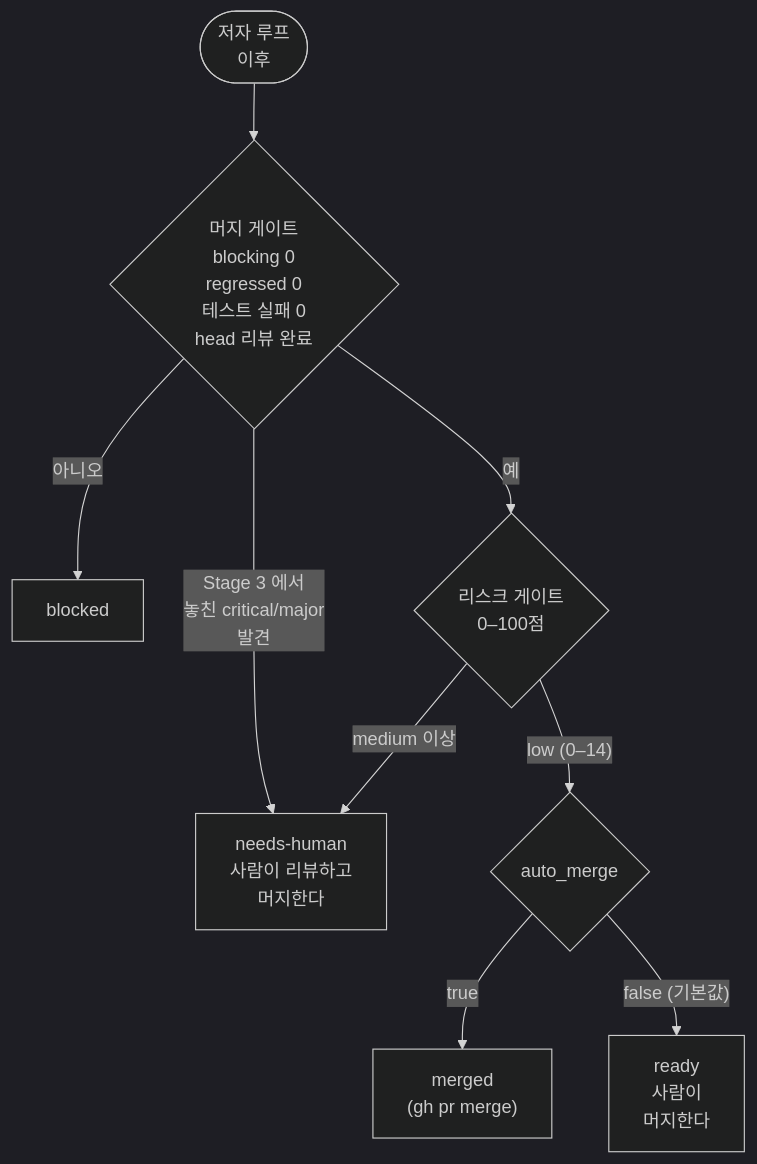
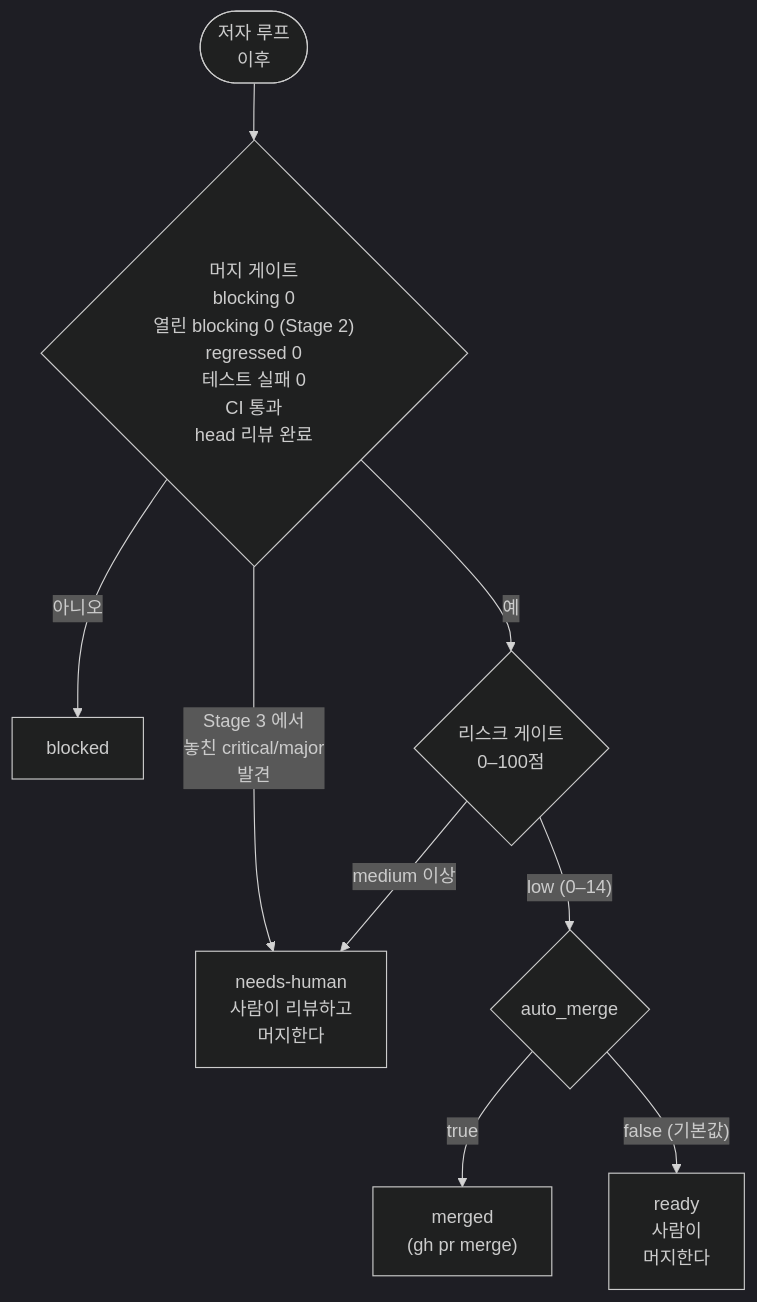
One commit to thswlsqls/pr-quorum changed the fourth of 5 diagrams in README.ko.md. Above: the diagram before and after it, drawn with Mermaid (dark theme). The commit also changed other lines of this file and 1 other file, not shown here.

Commit message:
docs : [feat/merge-gate-stage2-ci] Translate the Stage 2 and CI merge gate conditions

````diff
--- a/README.ko.md
+++ b/README.ko.md
@@ -104,11 +104,11 @@
 ```mermaid
 flowchart TD
-  G(["저자 루프<br/>이후"]) --> MG{"머지 게이트<br/>blocking 0<br/>regressed 0<br/>테스트 실패 0<br/>head 리뷰 완료"}
+  G(["저자 루프<br/>이후"]) --> MG{"머지 게이트<br/>blocking 0<br/>열린 blocking 0 (Stage 2)<br/>regressed 0<br/>테스트 실패 0<br/>CI 통과<br/>head 리뷰 완료"}
   MG -- "아니오" --> B[blocked]
   MG -- "Stage 3 에서<br/>놓친 critical/major<br/>발견" --> H
   MG -- "예" --> RG{"리스크 게이트<br/>0–100점"}
   RG -- "low (0–14)" --> A{"auto_merge"}
   A -- true --> M["merged<br/>(gh pr merge)"]
   A -- "false (기본값)" --> R["ready<br/>사람이<br/>머지한다"]
   RG -- "medium 이상" --> H["needs-human<br/>사람이 리뷰하고<br/>머지한다"]
 ```
````
